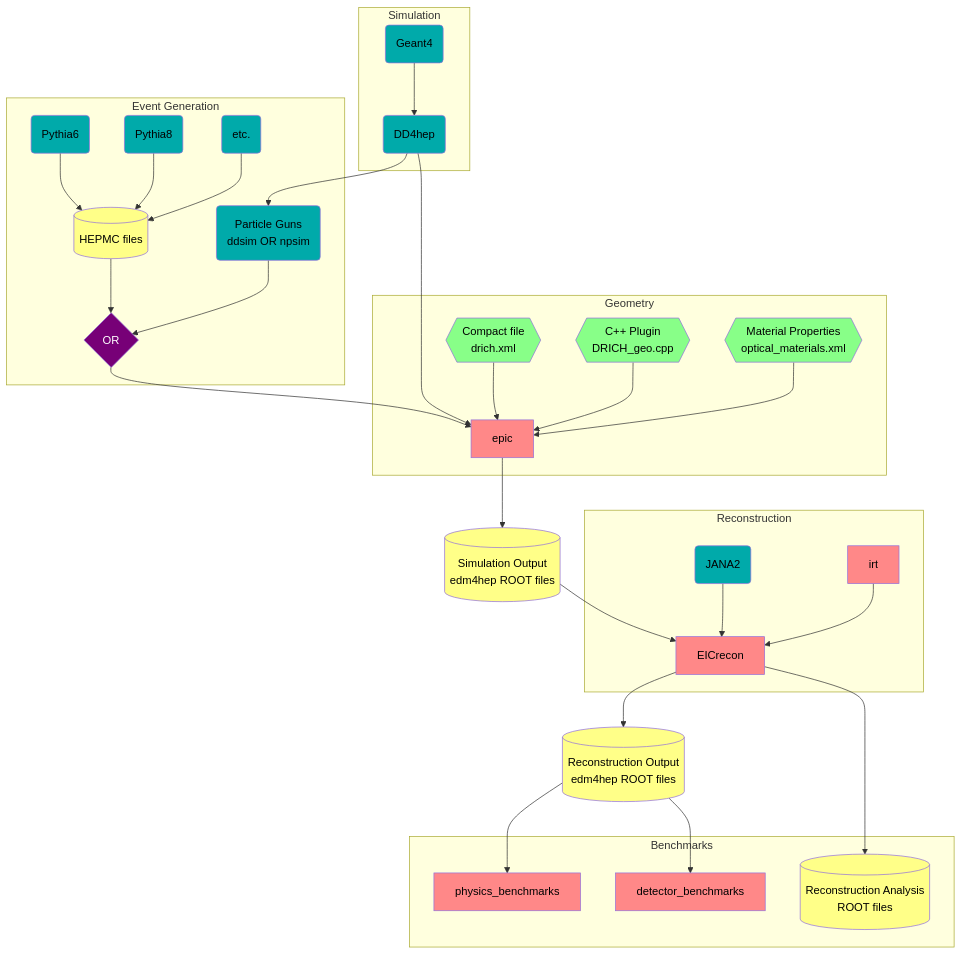
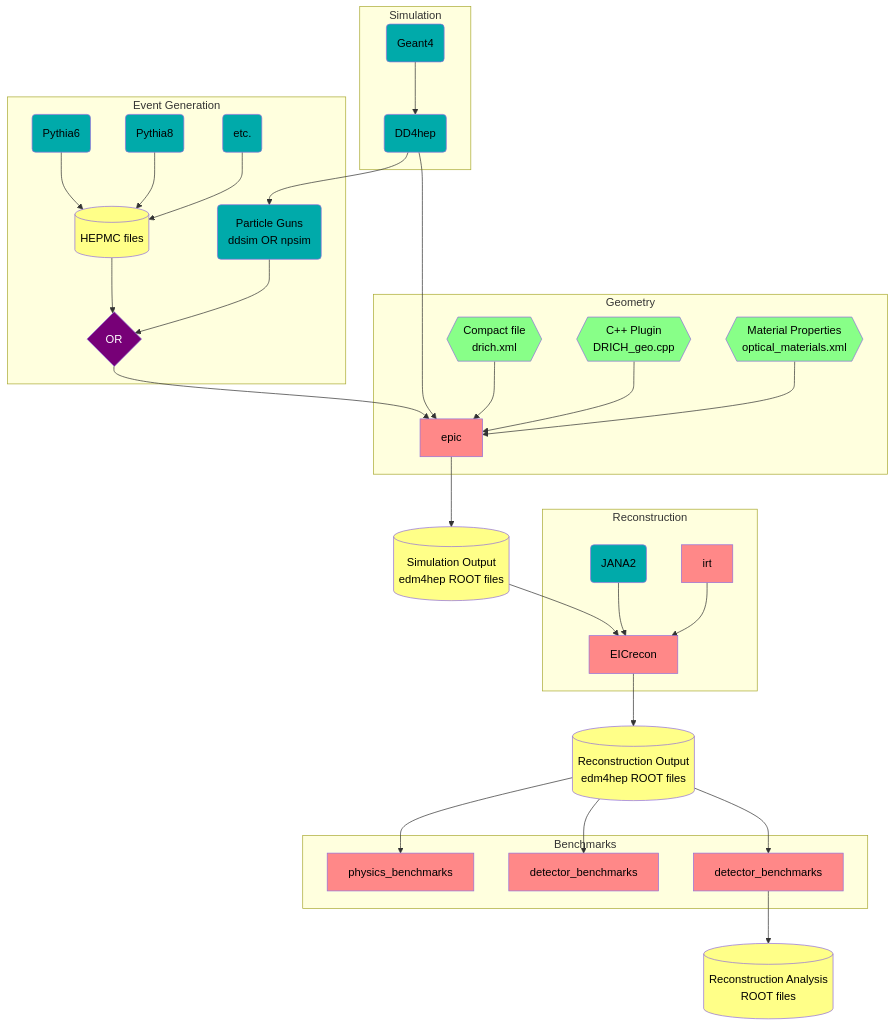
The third of 3 diagrams in README.md (eic/drich-dev), drawn with Mermaid before and after one commit. The commit also changed other lines of this file, not shown here.

Commit message:
doc: update benchmarks documentation

````diff
--- a/README.md
+++ b/README.md
@@ -245,64 +226,65 @@
 ```mermaid
 flowchart TB
   classDef epic fill:#ff8888,color:black
   classDef dep fill:#00aaaa,color:black
   classDef obj fill:#88ff88,color:black
   classDef data fill:#ffff88,color:black
   classDef op fill:#770077,color:white
 
   subgraph Event Generation
     Pythia6(Pythia6):::dep
     Pythia8(Pythia8):::dep
     OtherGen(etc.):::dep
     Hepmc[(HEPMC files)]:::data
     Gun(Particle Guns<br/>ddsim OR npsim):::dep
     GenOR{OR}:::op
   end
   Pythia6 --> Hepmc
   Pythia8 --> Hepmc
   OtherGen --> Hepmc
   Hepmc --> GenOR
   Gun --> GenOR
 
   subgraph Simulation
     DD4hep(DD4hep):::dep
     Geant(Geant4):::dep
   end
   Geant --> DD4hep
 
   subgraph Geometry
     Epic[epic]:::epic
     DDCompact{{Compact file<br/>drich.xml}}:::obj
     DDPlugin{{C++ Plugin<br/>DRICH_geo.cpp}}:::obj
     DDMat{{Material Properties<br/>optical_materials.xml}}:::obj
   end
   SimOut[(Simulation Output<br/>edm4hep ROOT files)]:::data
   DD4hep --> Gun
   GenOR --> Epic
   DD4hep --> Epic
   DDCompact --> Epic
   DDPlugin --> Epic
   DDMat --> Epic
   Epic --> SimOut
 
   subgraph Reconstruction
     JANA(JANA2):::dep
     EICrecon[EICrecon]:::epic
     IRT[irt]:::epic
   end
   RecOut[(Reconstruction Output<br/>edm4hep ROOT files)]:::data
   SimOut --> EICrecon
   JANA --> EICrecon
   IRT --> EICrecon
   EICrecon --> RecOut
 
   subgraph Benchmarks
     PhysicsBenchmarks[physics_benchmarks]:::epic
     DetectorBenchmarks[detector_benchmarks]:::epic
-    RecAnaOut[(Reconstruction Analysis<br/>ROOT files)]:::data
+    ReconstructionBenchmarks[detector_benchmarks]:::epic
   end
-  EICrecon --> RecAnaOut
+  AnaOut[(Reconstruction Analysis<br/>ROOT files)]:::data
   RecOut --> PhysicsBenchmarks
   RecOut --> DetectorBenchmarks
+  RecOut --> ReconstructionBenchmarks --> AnaOut
 
 ```
````
